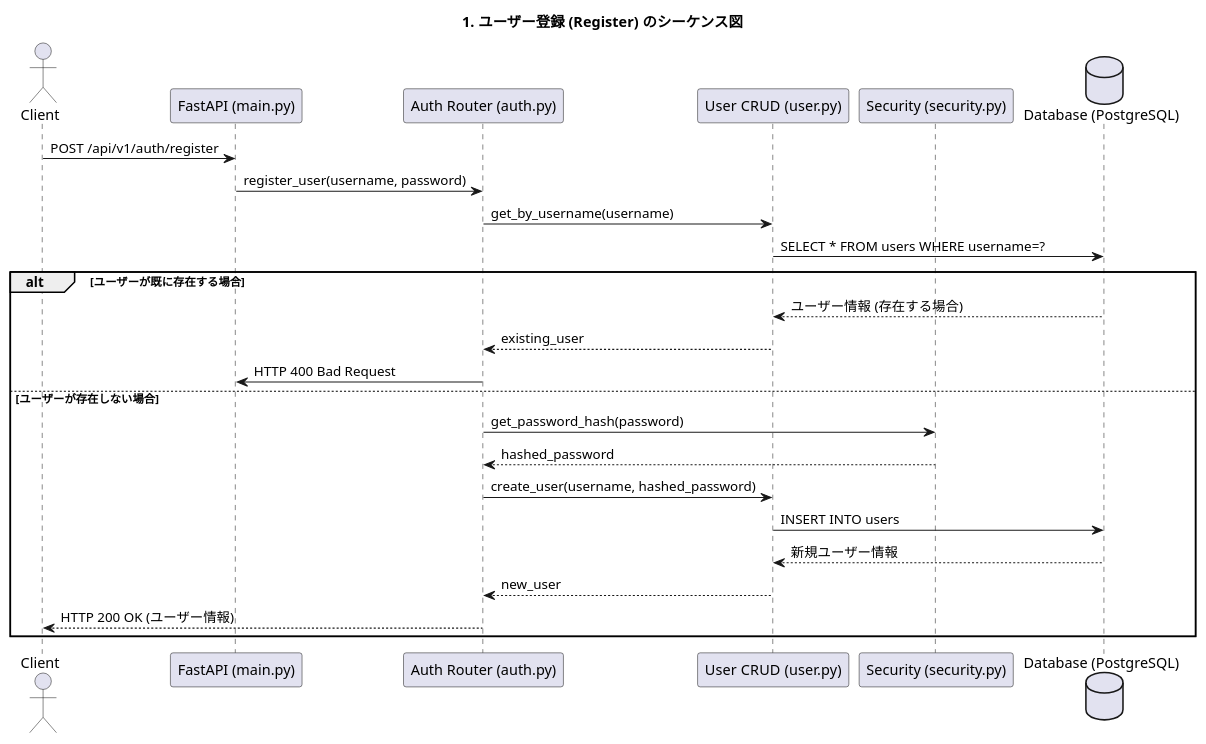
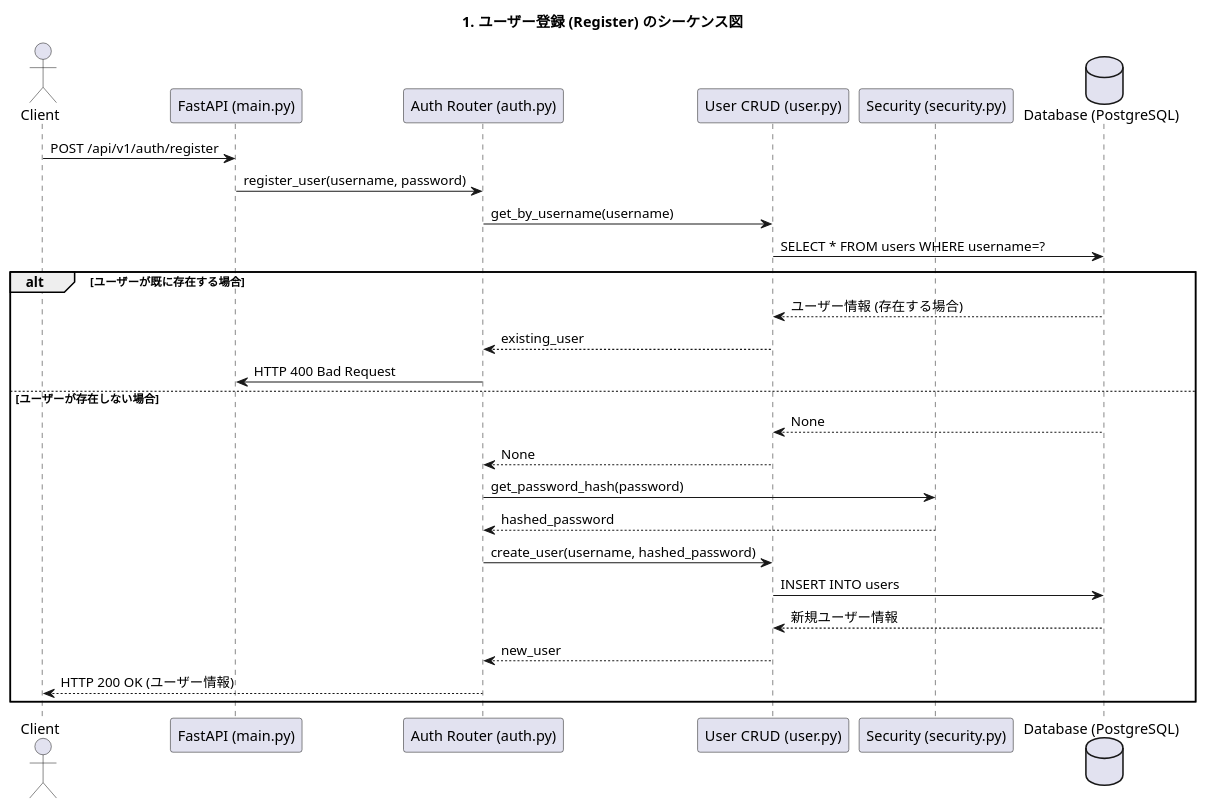
Before and after one commit to ekrsw/microservice: the diagram in auth-service/UML/RegisterSequenceDiagram.pu, drawn with PlantUML. The commit also changed 6 other files, not shown here.

```diff
--- a/auth-service/UML/RegisterSequenceDiagram.pu
+++ b/auth-service/UML/RegisterSequenceDiagram.pu
@@ -1,30 +1,32 @@
 @startuml
 title 1. ユーザー登録 (Register) のシーケンス図
 
 actor Client
 participant "FastAPI (main.py)" as FastAPI
 participant "Auth Router (auth.py)" as AuthRouter
 participant "User CRUD (user.py)" as UserCRUD
 participant "Security (security.py)" as Security
 database "Database (PostgreSQL)" as DB
 
 Client -> FastAPI: POST /api/v1/auth/register
 FastAPI -> AuthRouter: register_user(username, password)
 AuthRouter -> UserCRUD: get_by_username(username)
 UserCRUD -> DB: SELECT * FROM users WHERE username=?
 
 alt ユーザーが既に存在する場合
     DB --> UserCRUD: ユーザー情報 (存在する場合)
     UserCRUD --> AuthRouter: existing_user
     AuthRouter -> FastAPI: HTTP 400 Bad Request
 else ユーザーが存在しない場合
+    DB --> UserCRUD: None
+    UserCRUD --> AuthRouter: None
     AuthRouter -> Security: get_password_hash(password)
     Security --> AuthRouter: hashed_password
     AuthRouter -> UserCRUD: create_user(username, hashed_password)
     UserCRUD -> DB: INSERT INTO users
     DB --> UserCRUD: 新規ユーザー情報
     UserCRUD --> AuthRouter: new_user
     AuthRouter --> Client: HTTP 200 OK (ユーザー情報)
 end
 
 @enduml
```
